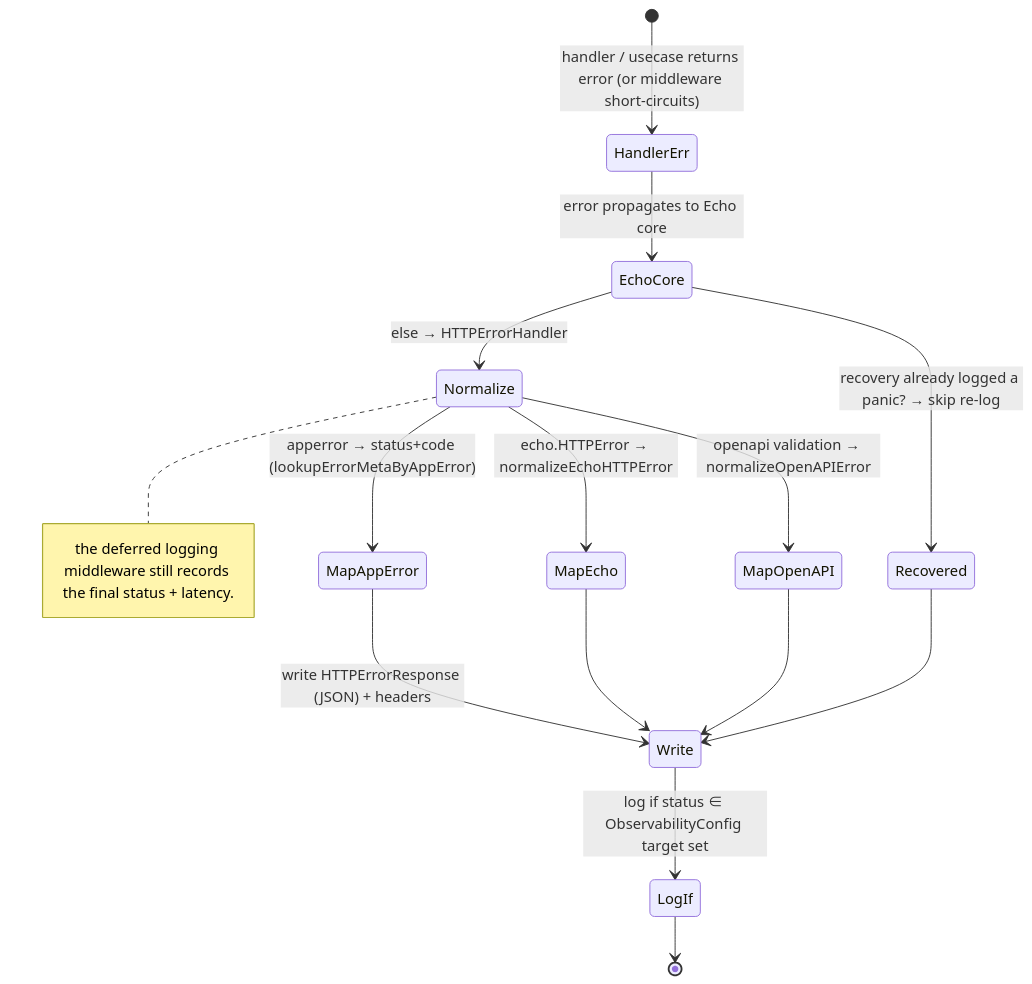
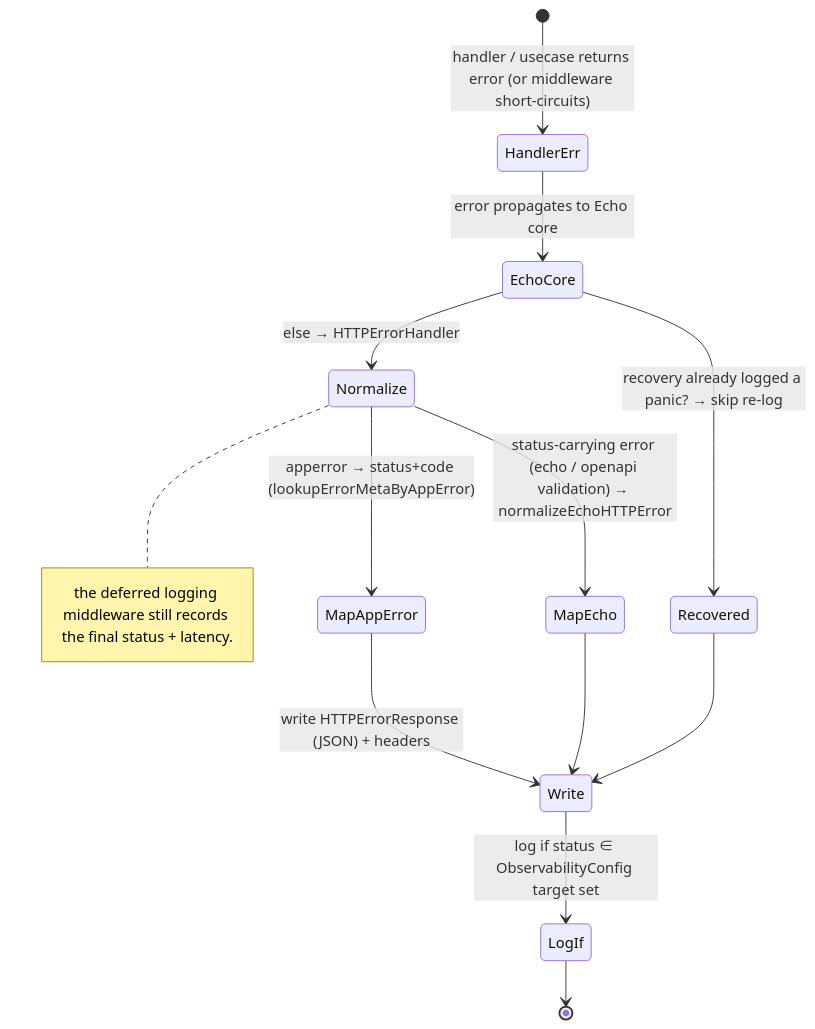
The third of 6 diagrams in docs/portal/guides/rest-design.md (Tomy-ch/go-boilerplate), drawn with Mermaid before and after one commit. The commit also changed other lines of this file and 1741 other files, not shown here.

````diff
--- a/docs/portal/guides/rest-design.md
+++ b/docs/portal/guides/rest-design.md
@@ -87,20 +89,18 @@
 ```mermaid
 stateDiagram-v2
     [*] --> HandlerErr: handler / usecase returns error (or middleware short-circuits)
     HandlerErr --> EchoCore: error propagates to Echo core
     EchoCore --> Recovered: recovery already logged a panic? → skip re-log
     EchoCore --> Normalize: else → HTTPErrorHandler
     Normalize --> MapAppError: apperror → status+code (lookupErrorMetaByAppError)
-    Normalize --> MapEcho: echo.HTTPError → normalizeEchoHTTPError
-    Normalize --> MapOpenAPI: openapi validation → normalizeOpenAPIError
+    Normalize --> MapEcho: status-carrying error (echo / openapi validation) → normalizeEchoHTTPError
     MapAppError --> Write: write HTTPErrorResponse (JSON) + headers
     MapEcho --> Write
-    MapOpenAPI --> Write
     Write --> LogIf: log if status ∈ ObservabilityConfig target set
     Recovered --> Write
     LogIf --> [*]
 
     note right of Normalize
       the deferred logging middleware still records the final status + latency.
     end note
 ```
````
